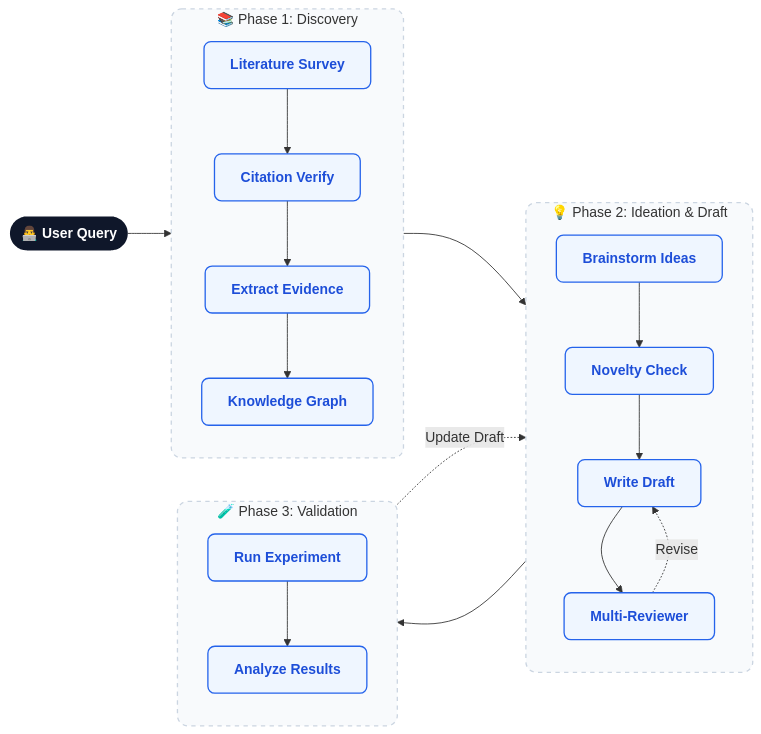
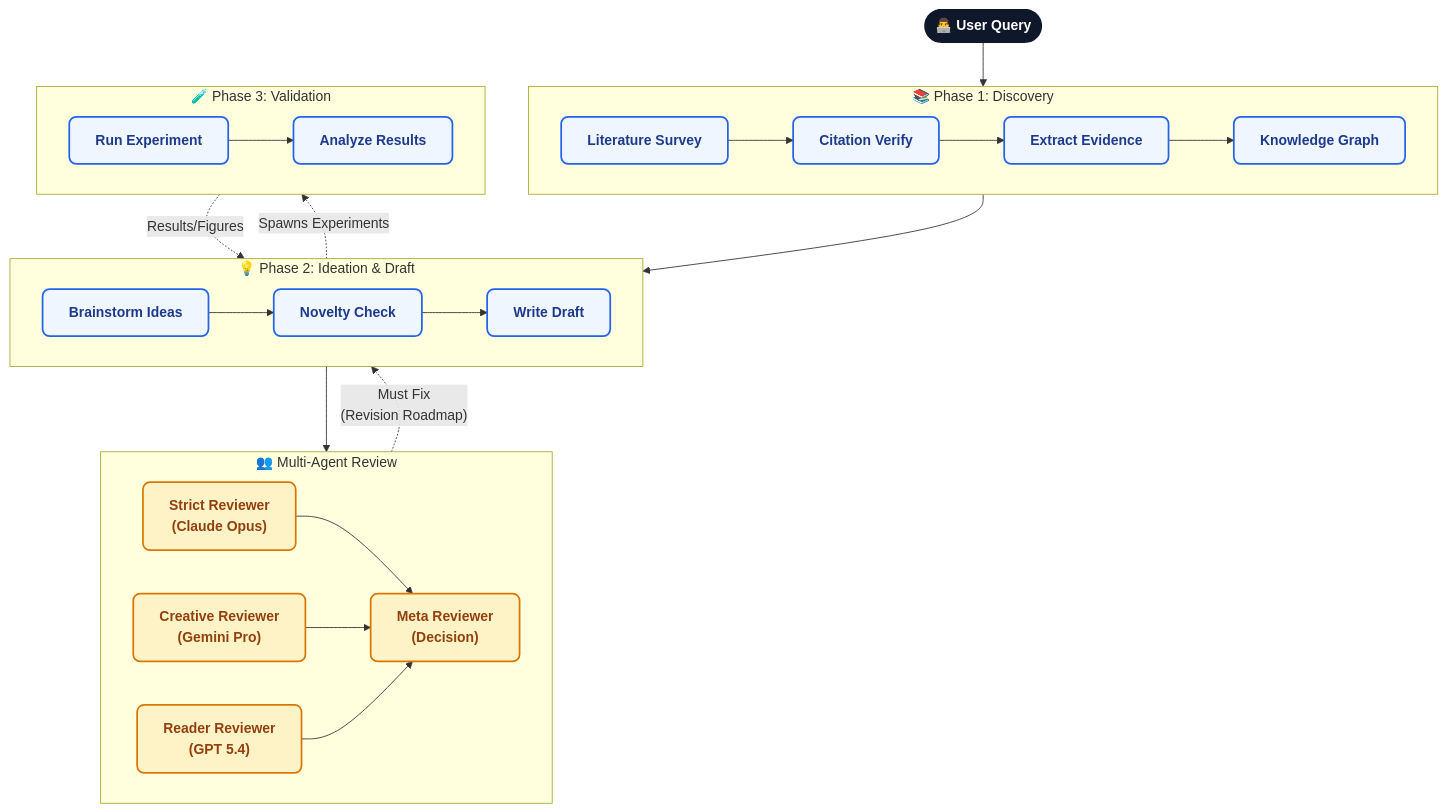
The diagram in README.md (ChunqiGuo02/NeXus), drawn with Mermaid before and after one commit.

````diff
--- a/README.md
+++ b/README.md
@@ -24,45 +24,47 @@
 ```mermaid
-flowchart LR
-    classDef entry fill:#0f172a,color:#ffffff,stroke:none,rx:10,ry:10,font-weight:bold
-    classDef step fill:#eff6ff,stroke:#2563eb,stroke-width:1.5px,rx:8,ry:8,color:#1d4ed8,font-weight:600
+flowchart TD
+    classDef entry fill:#0f172a,color:#ffffff,stroke:none,rx:10,ry:10,font-weight:bold,font-size:16px
+    classDef step fill:#eff6ff,stroke:#2563eb,stroke-width:2px,rx:8,ry:8,color:#1e3a8a,font-weight:bold
+    classDef review fill:#fef3c7,stroke:#d97706,stroke-width:2px,rx:8,ry:8,color:#92400e,font-weight:bold
+    classDef metric fill:#f3f4f6,stroke:#9ca3af,stroke-width:1px,rx:5,ry:5,color:#374151,font-size:12px
     
-    style Discovery fill:#f8fafc,stroke:#cbd5e1,stroke-width:1.5px,stroke-dasharray: 5 5,rx:12,ry:12
-    style Ideation fill:#f8fafc,stroke:#cbd5e1,stroke-width:1.5px,stroke-dasharray: 5 5,rx:12,ry:12
-    style Validation fill:#f8fafc,stroke:#cbd5e1,stroke-width:1.5px,stroke-dasharray: 5 5,rx:12,ry:12
-
     U(["👨‍💻 User Query"]):::entry
 
-    subgraph Discovery ["📚 Phase 1: Discovery"]
-        direction TB
-        S["Literature Survey"]:::step 
-        V["Citation Verify"]:::step 
-        E["Extract Evidence"]:::step 
-        K["Knowledge Graph"]:::step
-        S --> V --> E --> K
+    subgraph Phase1 ["📚 Phase 1: Discovery"]
+        direction LR
+        S["Literature Survey"]:::step --> V["Citation Verify"]:::step 
+        V --> E["Extract Evidence"]:::step 
+        E --> K["Knowledge Graph"]:::step
     end
 
-    subgraph Ideation ["💡 Phase 2: Ideation & Draft"]
-        direction TB
-        B["Brainstorm Ideas"]:::step 
-        N["Novelty Check"]:::step 
-        D["Write Draft"]:::step 
-        M["Multi-Reviewer"]:::step
-        B --> N --> D --> M
+    subgraph Phase2 ["💡 Phase 2: Ideation & Draft"]
+        direction LR
+        B["Brainstorm Ideas"]:::step --> N["Novelty Check"]:::step 
+        N --> D["Write Draft"]:::step
+    end
+    
+    subgraph MultiReview ["👥 Multi-Agent Review"]
+        direction LR
+        M_A["Strict Reviewer\n(Claude Opus)"]:::review
+        M_B["Creative Reviewer\n(Gemini Pro)"]:::review
+        M_C["Reader Reviewer\n(GPT 5.4)"]:::review
+        Meta["Meta Reviewer\n(Decision)"]:::review
+        
+        M_A & M_B & M_C --> Meta
     end
 
-    subgraph Validation ["🧪 Phase 3: Validation"]
-        direction TB
-        R["Run Experiment"]:::step 
-        A["Analyze Results"]:::step 
-        R --> A
+    subgraph Phase3 ["🧪 Phase 3: Validation"]
+        direction LR
+        R["Run Experiment"]:::step --> A["Analyze Results"]:::step 
     end
 
-    U --> Discovery
-    Discovery --> Ideation
-    Ideation --> Validation
-
+    %% Main Flow
+    U --> Phase1
+    K --> Phase2
+    D --> MultiReview
+    Phase2 -. "Spawns Experiments" .-> Phase3
+    Phase3 -. "Results/Figures" .-> D
+    
     %% Auto-revision loops
-
-    M -. "Revise" .-> D
-    A -. "Update Draft" .-> D
+    Meta -. "Must Fix\n(Revision Roadmap)" .-> D
 ```
````
